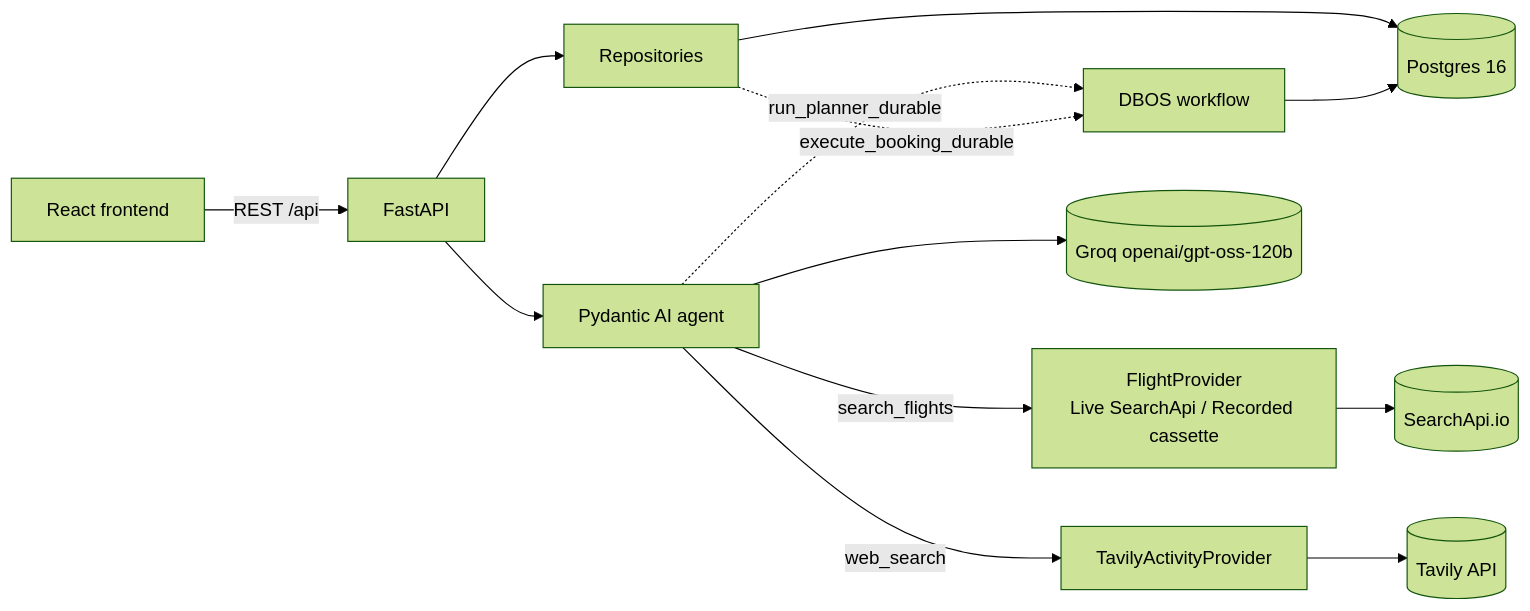
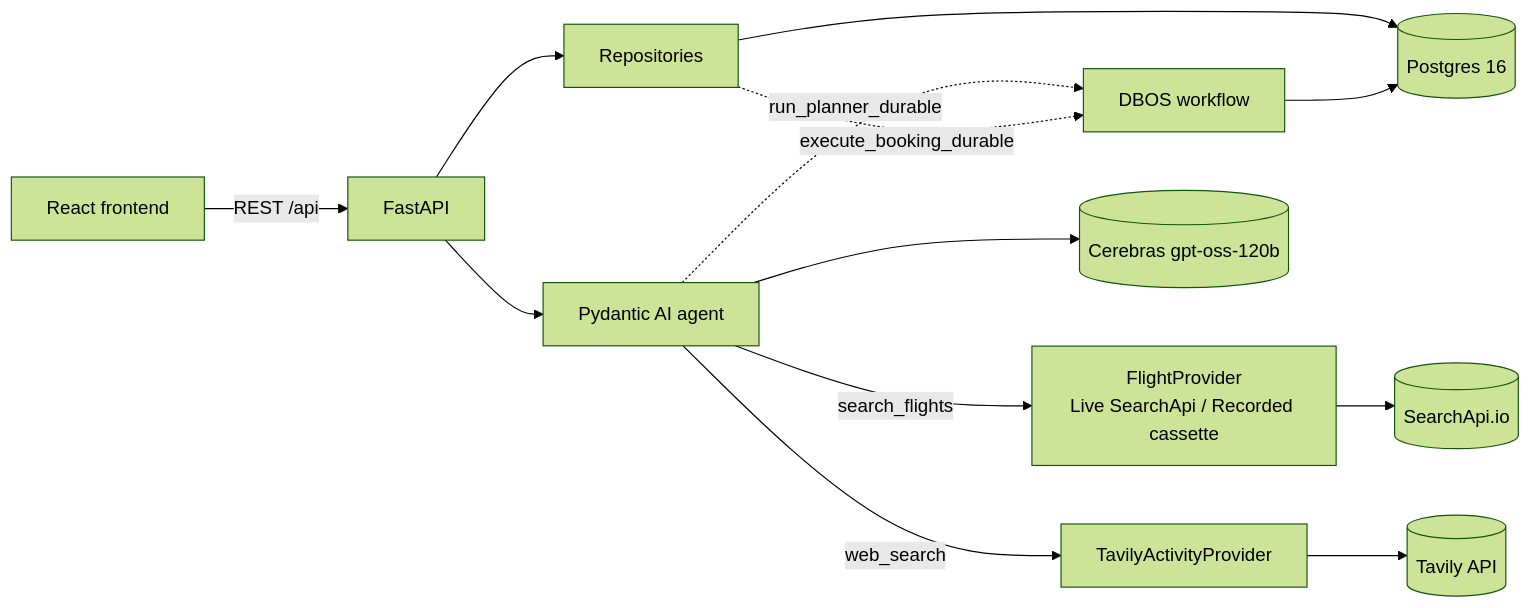
One commit to tonytrieu-dev/travel-agent changed the diagram in docs/ARCHITECTURE.md. Above: the diagram before and after it, drawn with Mermaid (forest theme). The commit also changed other lines of this file and 50 other files, not shown here.

````diff
--- a/docs/ARCHITECTURE.md
+++ b/docs/ARCHITECTURE.md
@@ -5,15 +5,15 @@
 ```mermaid
 flowchart LR
     UI[React frontend] -->|REST /api| API[FastAPI]
     API --> Repo[Repositories]
     Repo --> DB[(Postgres 16)]
     API --> Agent[Pydantic AI agent]
     Agent -->|search_flights| Flights[FlightProvider\nLive SearchApi / Recorded cassette]
     Agent -->|web_search| Tavily[TavilyActivityProvider]
     Flights --> SearchApi[(SearchApi.io)]
     Tavily --> TavilyAPI[(Tavily API)]
-    Agent --> Groq[(Groq openai/gpt-oss-120b)]
+    Agent --> Cerebras[(Cerebras gpt-oss-120b)]
     Agent -.->|run_planner_durable| DBOS[DBOS workflow]
     Repo -.->|execute_booking_durable| DBOS
     DBOS --> DB
 ```
````
